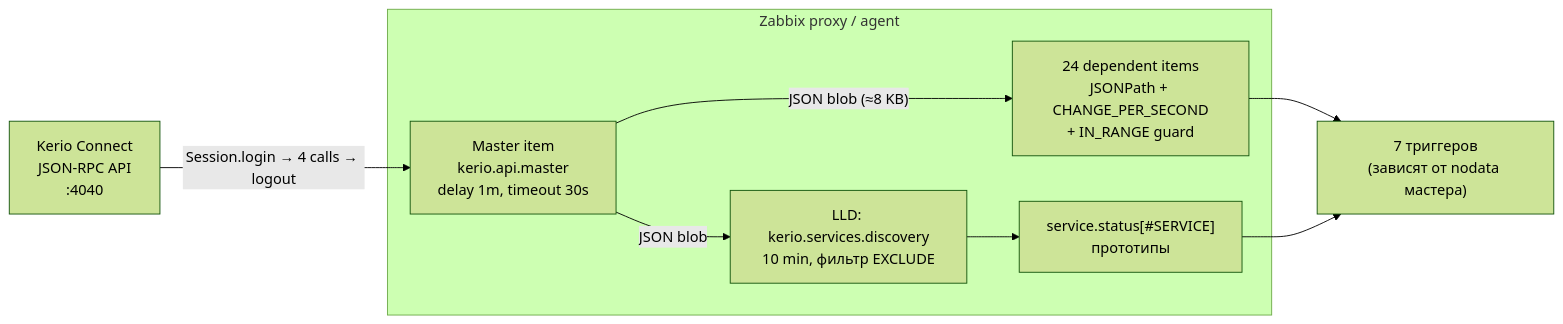
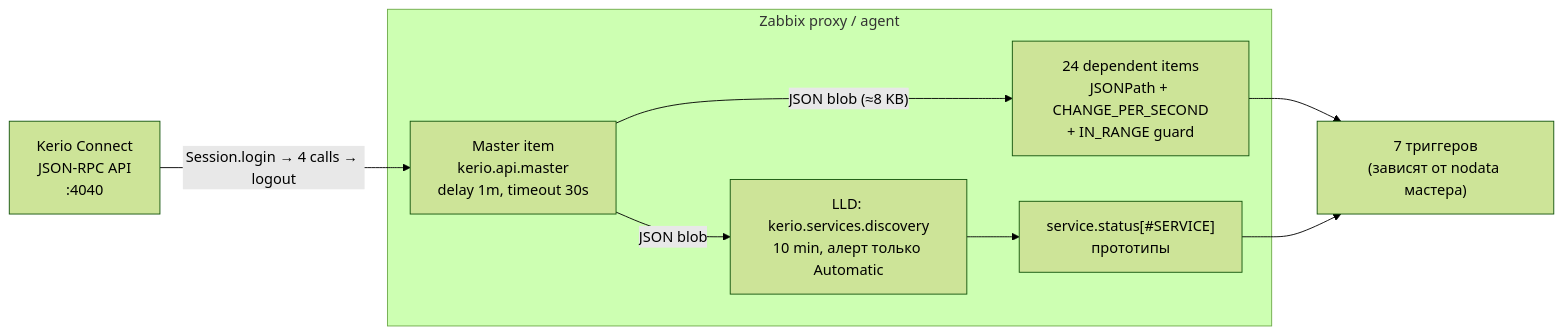
Before and after one commit to IT-for-Prof/zabbix-kerio-connect: the first of 2 diagrams in README.md, drawn with Mermaid (forest theme). The commit also changed other lines of this file and 8 other files, not shown here.

````diff
--- a/README.md
+++ b/README.md
@@ -12,18 +12,18 @@
 ```mermaid
 flowchart LR
     K[Kerio Connect<br/>JSON-RPC API<br/>:4040]
     subgraph Z[Zabbix proxy / agent]
         M["Master item<br/>kerio.api.master<br/>delay 1m, timeout 30s"]
         D["24 dependent items<br/>JSONPath + CHANGE_PER_SECOND<br/>+ IN_RANGE guard"]
-        L["LLD: kerio.services.discovery<br/>10 min, фильтр EXCLUDE"]
+        L["LLD: kerio.services.discovery<br/>10 min, алерт только Automatic"]
         SP["service.status[#SERVICE]<br/>прототипы"]
     end
     T["7 триггеров<br/>(зависят от nodata мастера)"]
 
     K -- "Session.login → 4 calls → logout" --> M
     M -- "JSON blob (≈8 KB)" --> D
     M -- "JSON blob" --> L
     L --> SP
     D --> T
     SP --> T
 ```
````
